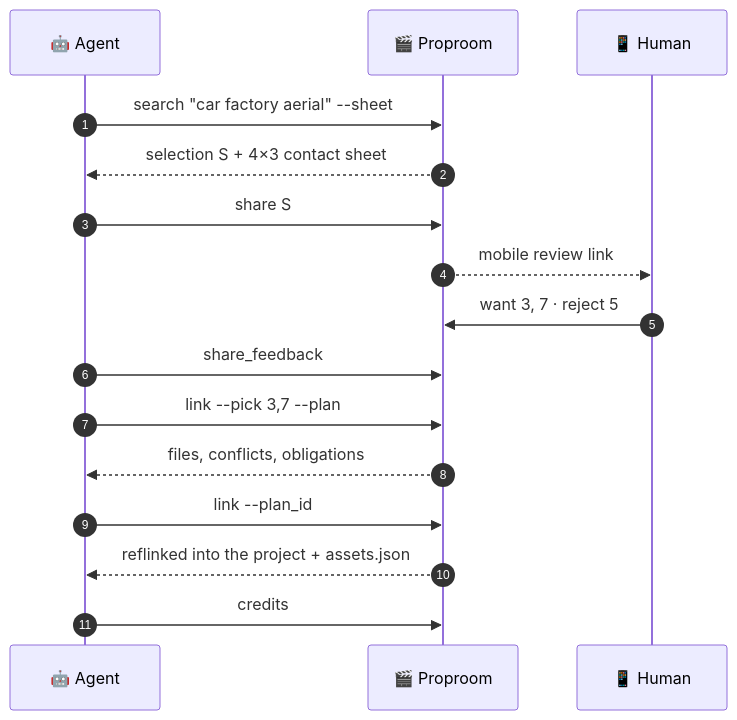
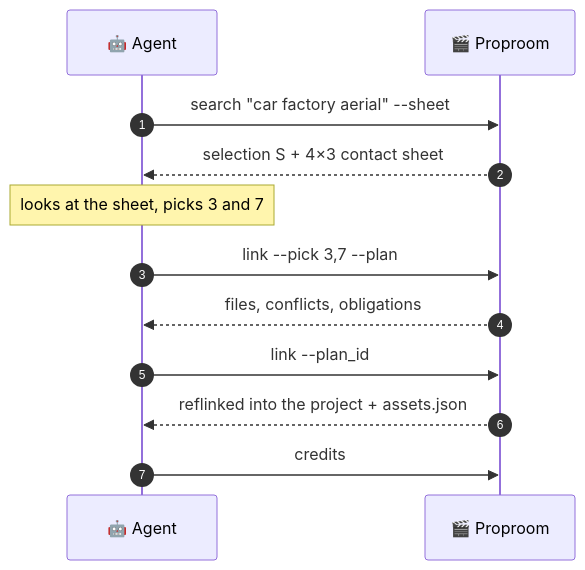
Before and after one commit to lee813/Proproom: the first of 2 diagrams in README.md, drawn with Mermaid. The commit also changed other lines of this file and 1 other file, not shown here.

First line of the commit message:
Make the phone review optional in the agent flow

````diff
--- a/README.md
+++ b/README.md
@@ -178,18 +177,14 @@
 ```mermaid
 sequenceDiagram
     autonumber
     participant A as 🤖 Agent
     participant P as 🎬 Proproom
-    participant H as 📱 Human
     A->>P: search "car factory aerial" --sheet
     P-->>A: selection S + 4×3 contact sheet
-    A->>P: share S
-    P-->>H: mobile review link
-    H->>P: want 3, 7 · reject 5
-    A->>P: share_feedback
+    Note over A: looks at the sheet, picks 3 and 7
     A->>P: link --pick 3,7 --plan
     P-->>A: files, conflicts, obligations
     A->>P: link --plan_id
     P-->>A: reflinked into the project + assets.json
     A->>P: credits
 ```
````
